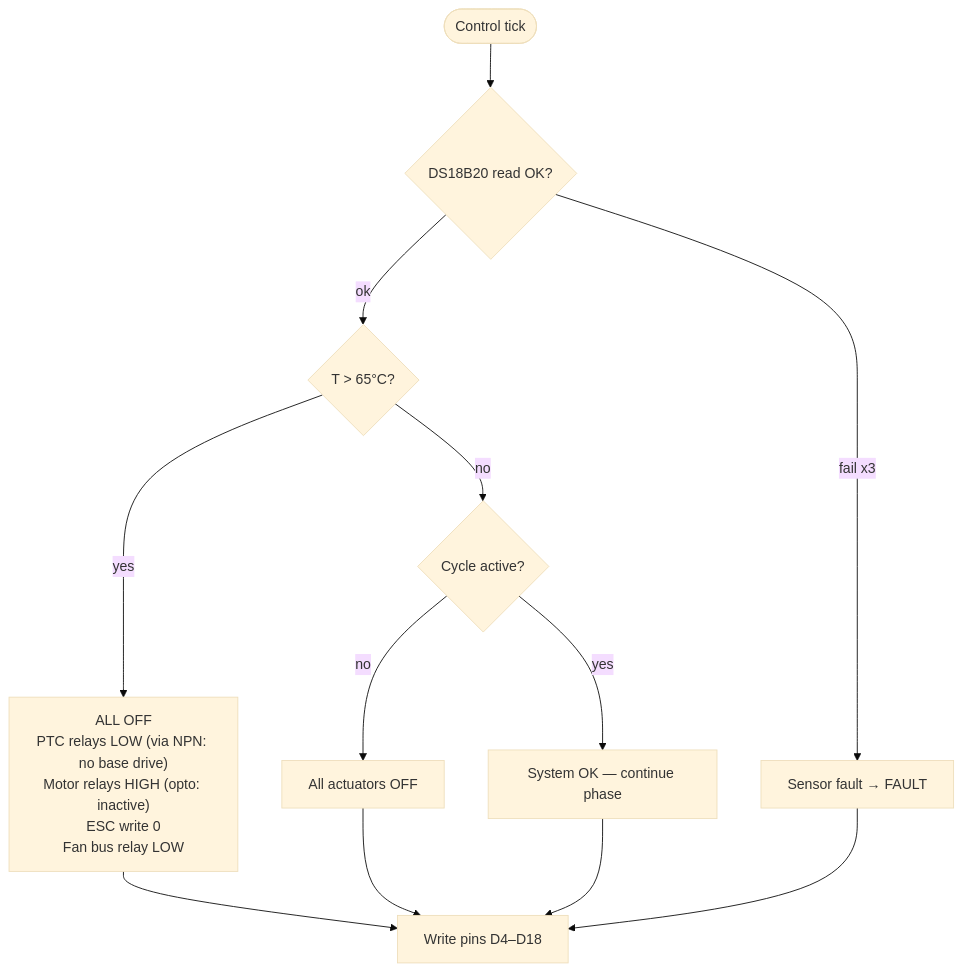
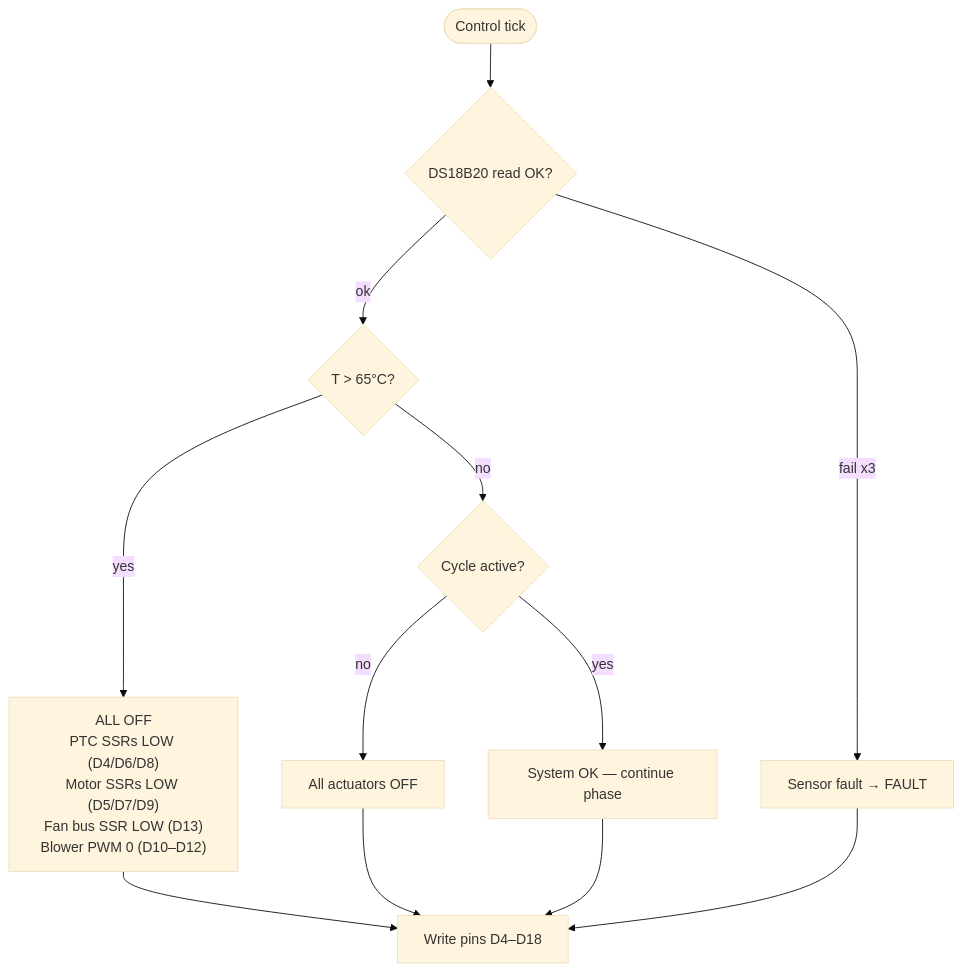
The second of 4 diagrams in docs/FLOWCHART.md (qppd/umbrella-dryer-v2), drawn with Mermaid (base theme) before and after one commit. The commit also changed other lines of this file and 11 other files, not shown here.

````diff
--- a/docs/FLOWCHART.md
+++ b/docs/FLOWCHART.md
@@ -46,15 +45,15 @@
 ```mermaid
 flowchart TD
     TICK([Control tick]) --> T1{DS18B20 read OK?}
     T1 -- "fail x3" --> SERR["Sensor fault → FAULT"]
     T1 -- ok --> T2{T > 65°C?}
-    T2 -- yes --> OFF1["ALL OFF<br/>PTC relays LOW (via NPN: no base drive)<br/>Motor relays HIGH (opto: inactive)<br/>ESC write 0<br/>Fan bus relay LOW"]
+    T2 -- yes --> OFF1["ALL OFF<br/>PTC SSRs LOW (D4/D6/D8)<br/>Motor SSRs LOW (D5/D7/D9)<br/>Fan bus SSR LOW (D13)<br/>Blower PWM 0 (D10–D12)"]
     T2 -- no --> T3{Cycle active?}
     T3 -- no --> OFF2["All actuators OFF"]
     T3 -- yes --> OK["System OK — continue phase"]
 
-    OFF1 --> RELAY["Write pins D4–D18"]
-    OFF2 --> RELAY
-    OK --> RELAY
-    SERR --> RELAY
+    OFF1 --> WRITE["Write pins D4–D18"]
+    OFF2 --> WRITE
+    OK --> WRITE
+    SERR --> WRITE
 ```
````
